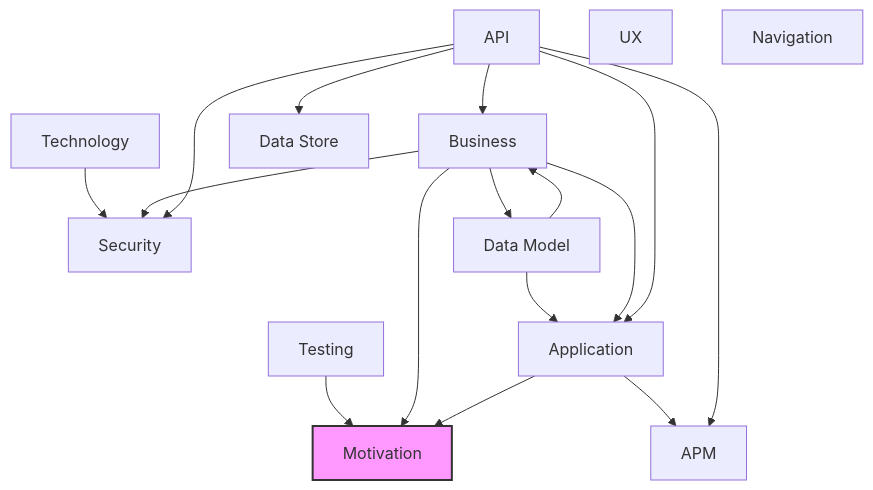
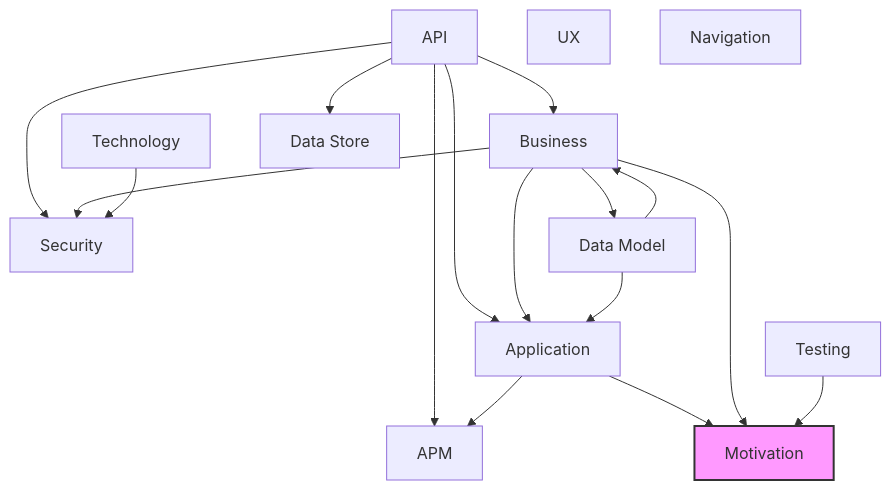
One commit to tinkermonkey/documentation_robotics changed the second of 2 diagrams in spec/browser/01-motivation-layer-report.md. Above: the diagram before and after it, drawn with Mermaid. The commit also changed other lines of this file and 13 other files, not shown here.

````diff
--- a/spec/browser/01-motivation-layer-report.md
+++ b/spec/browser/01-motivation-layer-report.md
@@ -140,32 +140,32 @@
 ```mermaid
 flowchart TB
   classDef current fill:#f9f,stroke:#333,stroke-width:2px
   motivation["Motivation"]
   business["Business"]
   security["Security"]
   application["Application"]
   technology["Technology"]
   api["API"]
   data_model["Data Model"]
   data_store["Data Store"]
   ux["UX"]
   navigation["Navigation"]
   apm["APM"]
   testing["Testing"]
-  technology --> security
-  data_model --> business
-  data_model --> application
-  testing --> motivation
+  api --> apm
+  api --> application
+  api --> business
+  api --> data_store
+  api --> security
+  application --> apm
+  application --> motivation
+  business --> application
+  business --> data_model
   business --> motivation
   business --> security
-  business --> application
-  business --> data_model
-  application --> apm
-  application --> motivation
-  api --> security
-  api --> business
-  api --> data_store
-  api --> application
-  api --> apm
+  data_model --> application
+  data_model --> business
+  technology --> security
+  testing --> motivation
   class motivation current
 ```
````
